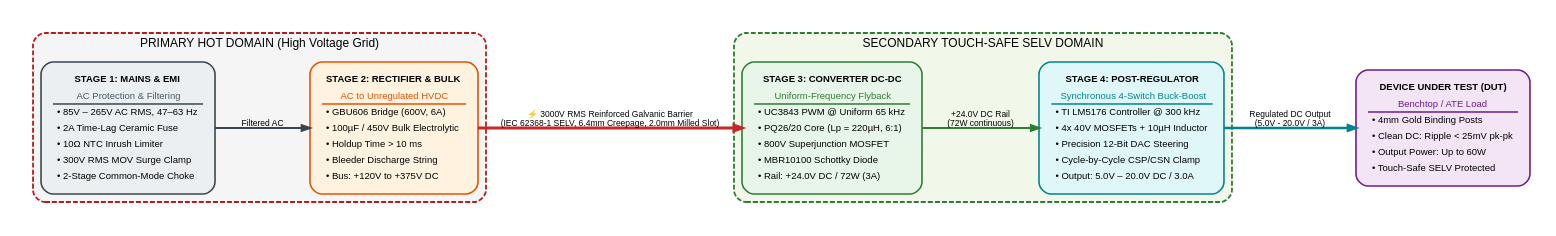
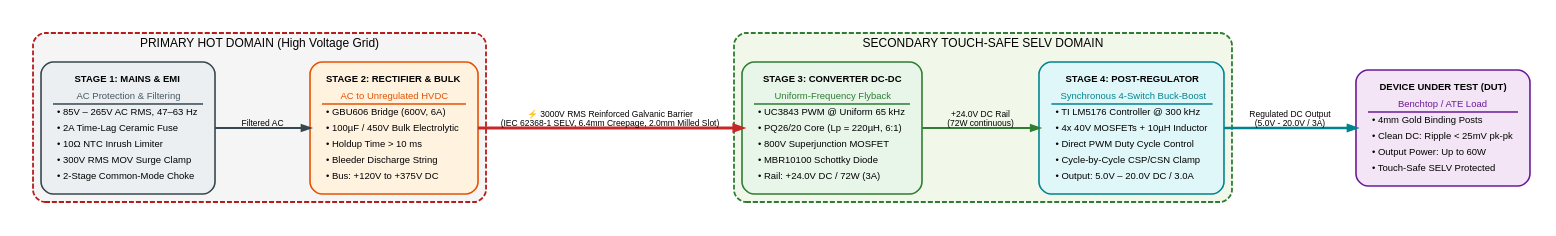
The diagram in final_prd_staging/diagrams/figure1_simplified_4stage_power_flow.dot (tthongs/av_iv), drawn with Graphviz before and after one commit. The commit also changed 32 other files, not shown here.

Commit message:
feat: trash voltage steering, transition to direct PWM duty cycle voltage control, and regenerate connections diagram

```diff
--- a/final_prd_staging/diagrams/figure1_simplified_4stage_power_flow.dot
+++ b/final_prd_staging/diagrams/figure1_simplified_4stage_power_flow.dot
@@ -1,132 +1,132 @@
 digraph Figure1PowerFlow {
     graph [
         rankdir=LR,
         bgcolor="#FFFFFF",
         compound=true,
         fontname="Helvetica, Arial, sans-serif",
         fontsize=12,
         nodesep=0.45,
         ranksep=0.70,
         pad="0.25,0.25",
         splines=true
     ];
 
     node [
         fontname="Helvetica, Arial, sans-serif",
         fontsize=9.5,
         shape=box,
         style="filled,rounded",
         margin="0.16,0.12",
         penwidth=1.6
     ];
 
     edge [
         fontname="Helvetica, Arial, sans-serif",
         fontsize=8.5,
         penwidth=2.2,
         arrowsize=0.8
     ];
 
     subgraph cluster_hot_domain {
         label = "PRIMARY HOT DOMAIN (High Voltage Grid)";
         style = "filled,rounded,dashed";
         fillcolor = "#F5F5F5";
         color = "#B71C1C";
         penwidth = 1.8;
 
         s1 [
             label = <<table border="0" cellborder="0" cellspacing="2">
                 <tr><td><b>STAGE 1: MAINS &amp; EMI</b></td></tr>
                 <tr><td><font color="#455A64">AC Protection &amp; Filtering</font></td></tr>
                 <hr/>
                 <tr><td align="left">• 85V – 265V AC RMS, 47–63 Hz</td></tr>
                 <tr><td align="left">• 2A Time-Lag Ceramic Fuse</td></tr>
                 <tr><td align="left">• 10Ω NTC Inrush Limiter</td></tr>
                 <tr><td align="left">• 300V RMS MOV Surge Clamp</td></tr>
                 <tr><td align="left">• 2-Stage Common-Mode Choke</td></tr>
             </table>>,
             fillcolor = "#ECEFF1",
             color = "#37474F"
         ];
 
         s2 [
             label = <<table border="0" cellborder="0" cellspacing="2">
                 <tr><td><b>STAGE 2: RECTIFIER &amp; BULK</b></td></tr>
                 <tr><td><font color="#E65100">AC to Unregulated HVDC</font></td></tr>
                 <hr/>
                 <tr><td align="left">• GBU606 Bridge (600V, 6A)</td></tr>
                 <tr><td align="left">• 100µF / 450V Bulk Electrolytic</td></tr>
                 <tr><td align="left">• Holdup Time &gt; 10 ms</td></tr>
                 <tr><td align="left">• Bleeder Discharge String</td></tr>
                 <tr><td align="left">• Bus: +120V to +375V DC</td></tr>
             </table>>,
             fillcolor = "#FFF3E0",
             color = "#E65100"
         ];
 
         s1 -> s2 [label=" Filtered AC", color="#37474F"];
     }
 
     subgraph cluster_cold_domain {
         label = "SECONDARY TOUCH-SAFE SELV DOMAIN";
         style = "filled,rounded,dashed";
         fillcolor = "#F1F8E9";
         color = "#2E7D32";
         penwidth = 1.8;
 
         s3 [
             label = <<table border="0" cellborder="0" cellspacing="2">
                 <tr><td><b>STAGE 3: CONVERTER DC-DC</b></td></tr>
                 <tr><td><font color="#2E7D32">Uniform-Frequency Flyback</font></td></tr>
                 <hr/>
                 <tr><td align="left">• UC3843 PWM @ Uniform 65 kHz</td></tr>
                 <tr><td align="left">• PQ26/20 Core (Lp = 220µH, 6:1)</td></tr>
                 <tr><td align="left">• 800V Superjunction MOSFET</td></tr>
                 <tr><td align="left">• MBR10100 Schottky Diode</td></tr>
                 <tr><td align="left">• Rail: +24.0V DC / 72W (3A)</td></tr>
             </table>>,
             fillcolor = "#E8F5E9",
             color = "#2E7D32"
         ];
 
         s4 [
             label = <<table border="0" cellborder="0" cellspacing="2">
                 <tr><td><b>STAGE 4: POST-REGULATOR</b></td></tr>
                 <tr><td><font color="#00838F">Synchronous 4-Switch Buck-Boost</font></td></tr>
                 <hr/>
                 <tr><td align="left">• TI LM5176 Controller @ 300 kHz</td></tr>
                 <tr><td align="left">• 4x 40V MOSFETs + 10µH Inductor</td></tr>
-                <tr><td align="left">• Precision 12-Bit DAC Steering</td></tr>
+                <tr><td align="left">• Direct PWM Duty Cycle Control</td></tr>
                 <tr><td align="left">• Cycle-by-Cycle CSP/CSN Clamp</td></tr>
                 <tr><td align="left">• Output: 5.0V – 20.0V DC / 3.0A</td></tr>
             </table>>,
             fillcolor = "#E0F7FA",
             color = "#00838F"
         ];
 
         s3 -> s4 [label=" +24.0V DC Rail\n(72W continuous)", color="#2E7D32"];
     }
 
     s5 [
         label = <<table border="0" cellborder="0" cellspacing="2">
             <tr><td><b>DEVICE UNDER TEST (DUT)</b></td></tr>
             <tr><td><font color="#6A1B9A">Benchtop / ATE Load</font></td></tr>
             <hr/>
             <tr><td align="left">• 4mm Gold Binding Posts</td></tr>
             <tr><td align="left">• Clean DC: Ripple &lt; 25mV pk-pk</td></tr>
             <tr><td align="left">• Output Power: Up to 60W</td></tr>
             <tr><td align="left">• Touch-Safe SELV Protected</td></tr>
         </table>>,
         fillcolor = "#F3E5F5",
         color = "#6A1B9A"
     ];
 
     s2 -> s3 [
         label = "⚡ 3000V RMS Reinforced Galvanic Barrier\n(IEC 62368-1 SELV, 6.4mm Creepage, 2.0mm Milled Slot)",
         color = "#C62828",
         style = "bold",
         penwidth = 3.0
     ];
 
     s4 -> s5 [label=" Regulated DC Output\n(5.0V - 20.0V / 3A)", color="#00838F", penwidth=2.5];
 }
```
